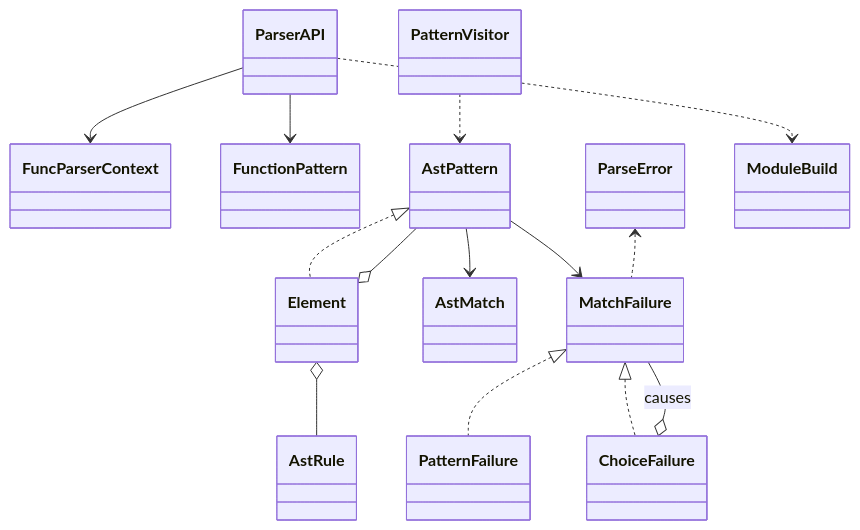
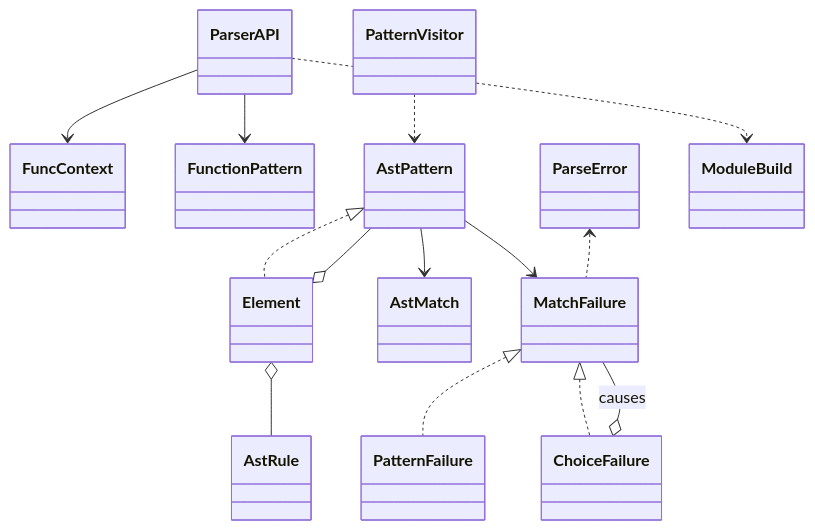
One commit to tile-ai/TileFoundry changed the first of 3 diagrams in docs/spec/parser.md. Above: the diagram before and after it, drawn with Mermaid. The commit also changed other lines of this file and 1519 other files, not shown here.

````diff
--- a/docs/spec/parser.md
+++ b/docs/spec/parser.md
@@ -421,16 +411,16 @@
 ```mermaid
 classDiagram
-    ParserAPI --> FuncParserContext
+    ParserAPI --> FuncContext
     ParserAPI --> FunctionPattern
     AstPattern <|.. Element
     Element o-- AstPattern
     Element o-- AstRule
     AstPattern --> AstMatch
     AstPattern --> MatchFailure
     MatchFailure <|.. PatternFailure
     MatchFailure <|.. ChoiceFailure
     ChoiceFailure o-- MatchFailure : causes
     ParseError <.. MatchFailure
     PatternVisitor ..> AstPattern
     ParserAPI ..> ModuleBuild
 ```
````
